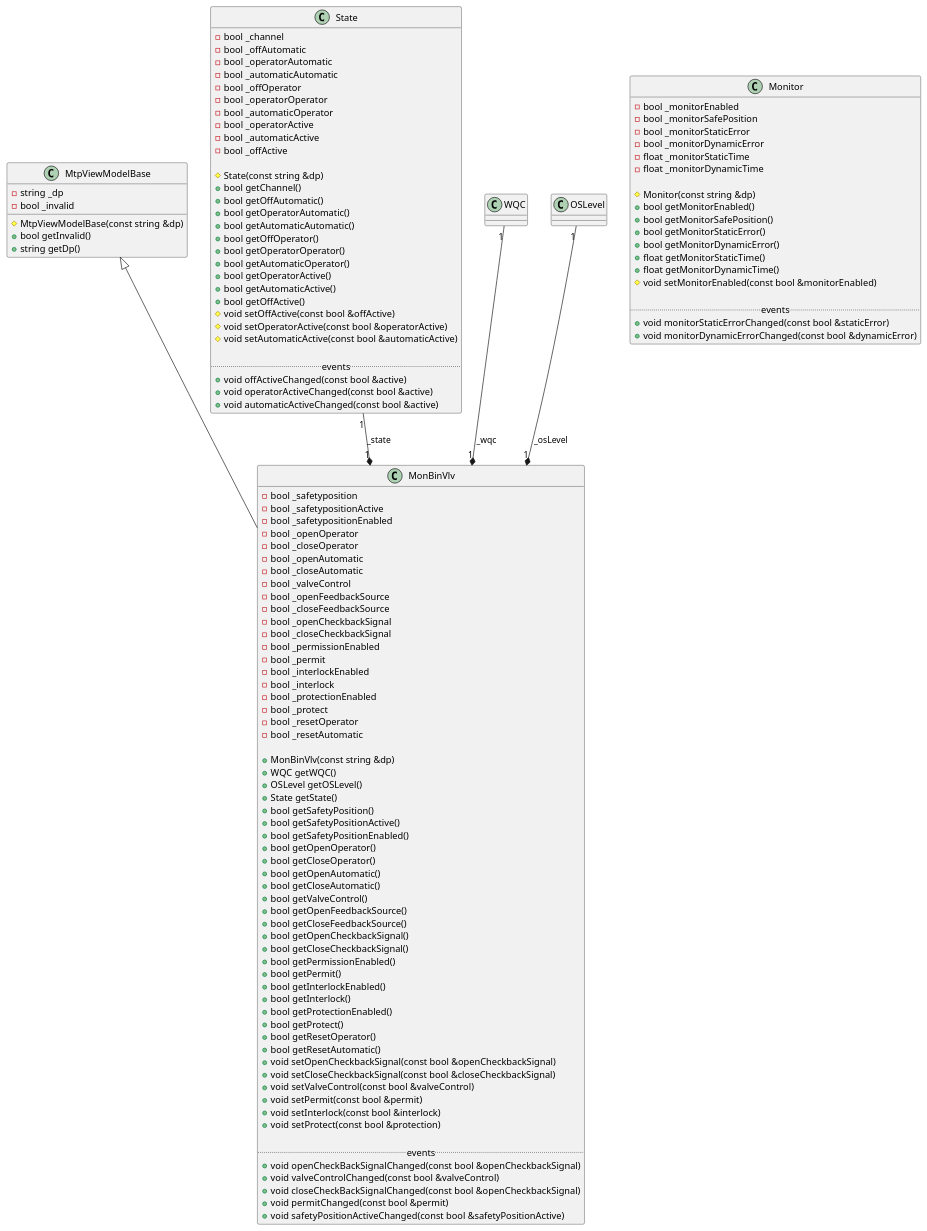
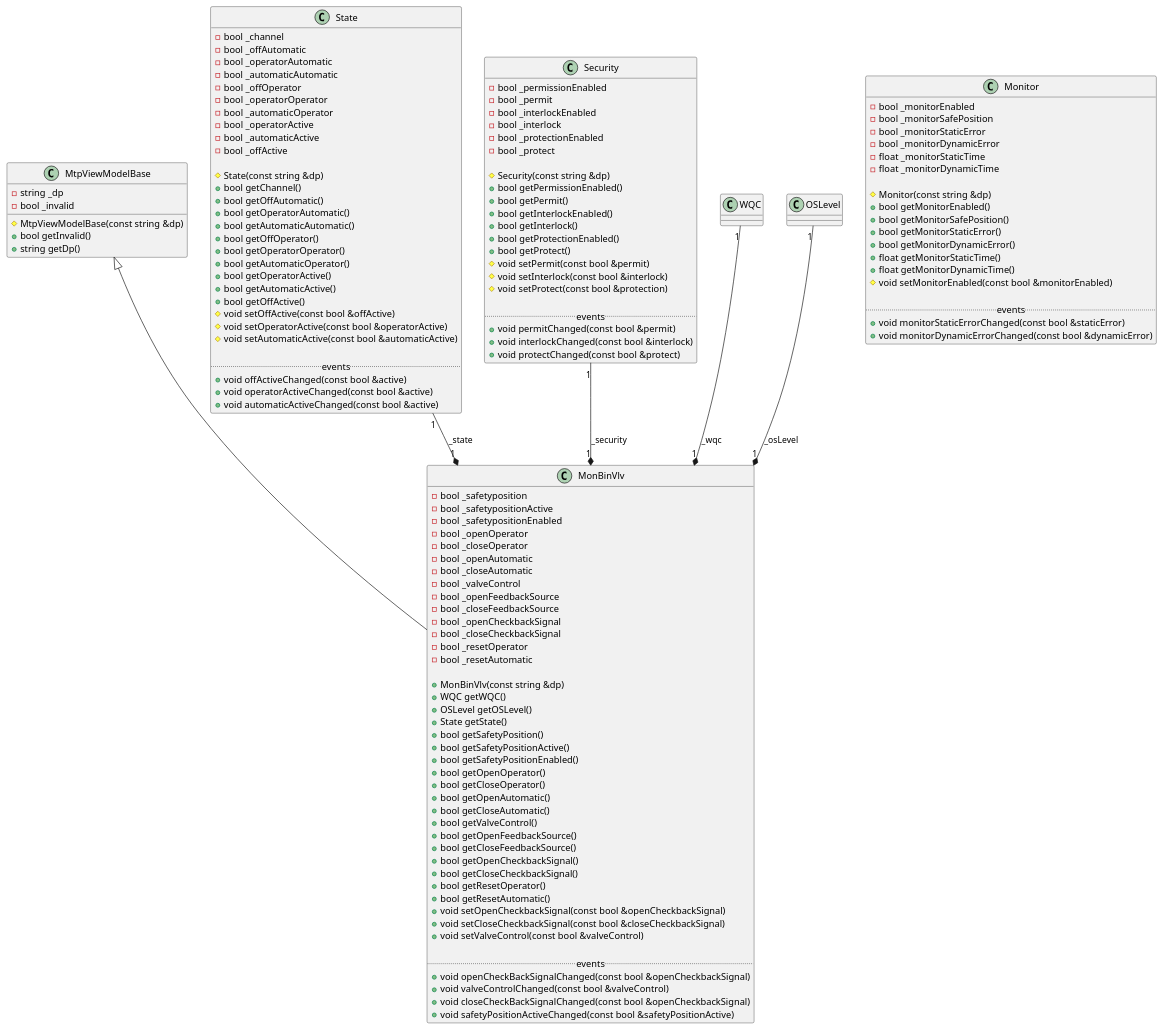
One commit to winccoa/winccoa-ae-ctrl-mtpimporter changed the diagram in source/MonBinVlv.puml. Above: the diagram before and after it, drawn with PlantUML. The commit also changed 2 other files, not shown here.

Commit message:
chore: added security class in classdiagrams

```diff
--- a/source/MonBinVlv.puml
+++ b/source/MonBinVlv.puml
@@ -1,135 +1,146 @@
 @startuml MonBinVlv
 
 class MtpViewModelBase {
     - string _dp
     - bool _invalid
 
     # MtpViewModelBase(const string &dp)
     + bool getInvalid()
     + string getDp()
 }
 
 class State
 {
     - bool _channel
     - bool _offAutomatic
     - bool _operatorAutomatic
     - bool _automaticAutomatic
     - bool _offOperator
     - bool _operatorOperator
     - bool _automaticOperator
     - bool _operatorActive
     - bool _automaticActive
     - bool _offActive
 
     # State(const string &dp)
     + bool getChannel()
     + bool getOffAutomatic()
     + bool getOperatorAutomatic()
     + bool getAutomaticAutomatic()
     + bool getOffOperator()
     + bool getOperatorOperator()
     + bool getAutomaticOperator()
     + bool getOperatorActive()
     + bool getAutomaticActive()
     + bool getOffActive()
     # void setOffActive(const bool &offActive)
     # void setOperatorActive(const bool &operatorActive)
     # void setAutomaticActive(const bool &automaticActive)
 
     ..events..
     + void offActiveChanged(const bool &active)
     + void operatorActiveChanged(const bool &active)
     + void automaticActiveChanged(const bool &active)
 }
 
 class Monitor
 {
     - bool _monitorEnabled
     - bool _monitorSafePosition
     - bool _monitorStaticError
     - bool _monitorDynamicError
     - float _monitorStaticTime
     - float _monitorDynamicTime
 
     # Monitor(const string &dp)
     + bool getMonitorEnabled()
     + bool getMonitorSafePosition()
     + bool getMonitorStaticError()
     + bool getMonitorDynamicError()
     + float getMonitorStaticTime()
     + float getMonitorDynamicTime()
     # void setMonitorEnabled(const bool &monitorEnabled)
 
     ..events..
     + void monitorStaticErrorChanged(const bool &staticError)
     + void monitorDynamicErrorChanged(const bool &dynamicError)
 }
 
+class Security
+{
+    - bool _permissionEnabled
+    - bool _permit
+    - bool _interlockEnabled
+    - bool _interlock
+    - bool _protectionEnabled
+    - bool _protect
+
+    # Security(const string &dp)
+    + bool getPermissionEnabled()
+    + bool getPermit()
+    + bool getInterlockEnabled()
+    + bool getInterlock()
+    + bool getProtectionEnabled()
+    + bool getProtect()
+    # void setPermit(const bool &permit)
+    # void setInterlock(const bool &interlock)
+    # void setProtect(const bool &protection)
+
+    ..events..
+    + void permitChanged(const bool &permit)
+    + void interlockChanged(const bool &interlock)
+    + void protectChanged(const bool &protect)
+}
+
 class MonBinVlv
 {
     - bool _safetyposition
     - bool _safetypositionActive
     - bool _safetypositionEnabled
     - bool _openOperator
     - bool _closeOperator
     - bool _openAutomatic
     - bool _closeAutomatic
     - bool _valveControl
     - bool _openFeedbackSource
     - bool _closeFeedbackSource
     - bool _openCheckbackSignal
     - bool _closeCheckbackSignal
-    - bool _permissionEnabled
-    - bool _permit
-    - bool _interlockEnabled
-    - bool _interlock
-    - bool _protectionEnabled
-    - bool _protect
     - bool _resetOperator
     - bool _resetAutomatic
     
     + MonBinVlv(const string &dp)
     + WQC getWQC()
     + OSLevel getOSLevel()
     + State getState()
     + bool getSafetyPosition()
     + bool getSafetyPositionActive()
     + bool getSafetyPositionEnabled()
     + bool getOpenOperator()
     + bool getCloseOperator()
     + bool getOpenAutomatic()
     + bool getCloseAutomatic()
     + bool getValveControl()
     + bool getOpenFeedbackSource()
     + bool getCloseFeedbackSource()
     + bool getOpenCheckbackSignal()
     + bool getCloseCheckbackSignal()
-    + bool getPermissionEnabled()
-    + bool getPermit()
-    + bool getInterlockEnabled()
-    + bool getInterlock()
-    + bool getProtectionEnabled()
-    + bool getProtect()
     + bool getResetOperator()
     + bool getResetAutomatic()
     + void setOpenCheckbackSignal(const bool &openCheckbackSignal)
     + void setCloseCheckbackSignal(const bool &closeCheckbackSignal)
     + void setValveControl(const bool &valveControl)
-    + void setPermit(const bool &permit)
-    + void setInterlock(const bool &interlock)
-    + void setProtect(const bool &protection)
 
     ..events..
     + void openCheckBackSignalChanged(const bool &openCheckbackSignal)
     + void valveControlChanged(const bool &valveControl)
     + void closeCheckBackSignalChanged(const bool &openCheckbackSignal)
-    + void permitChanged(const bool &permit)
     + void safetyPositionActiveChanged(const bool &safetyPositionActive)
 }
 
 MtpViewModelBase <|-- MonBinVlv
 WQC "1" --* "1" MonBinVlv : _wqc
 OSLevel "1" --* "1" MonBinVlv : _osLevel
 State "1" --* "1" MonBinVlv : _state
+Security "1" --* "1" MonBinVlv : _security
 @enduml
```
